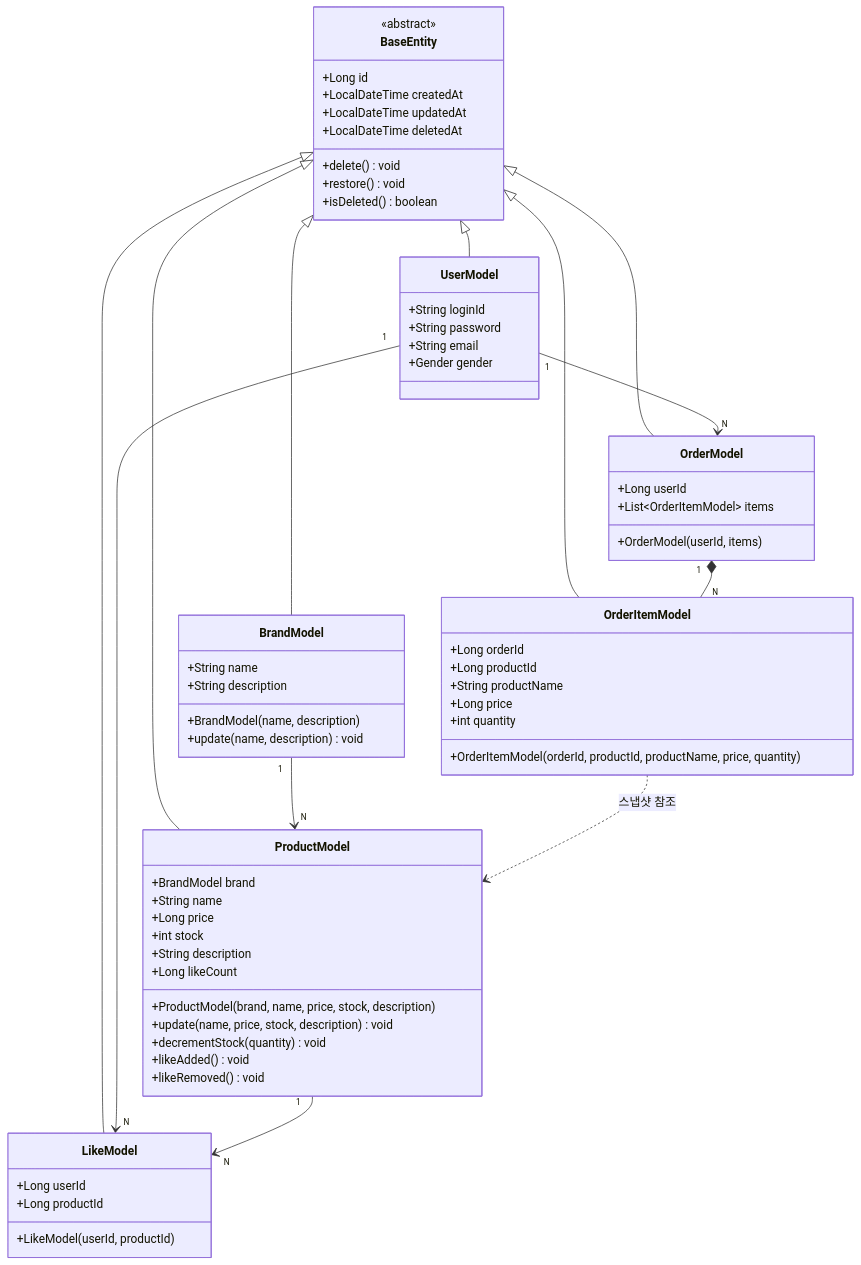
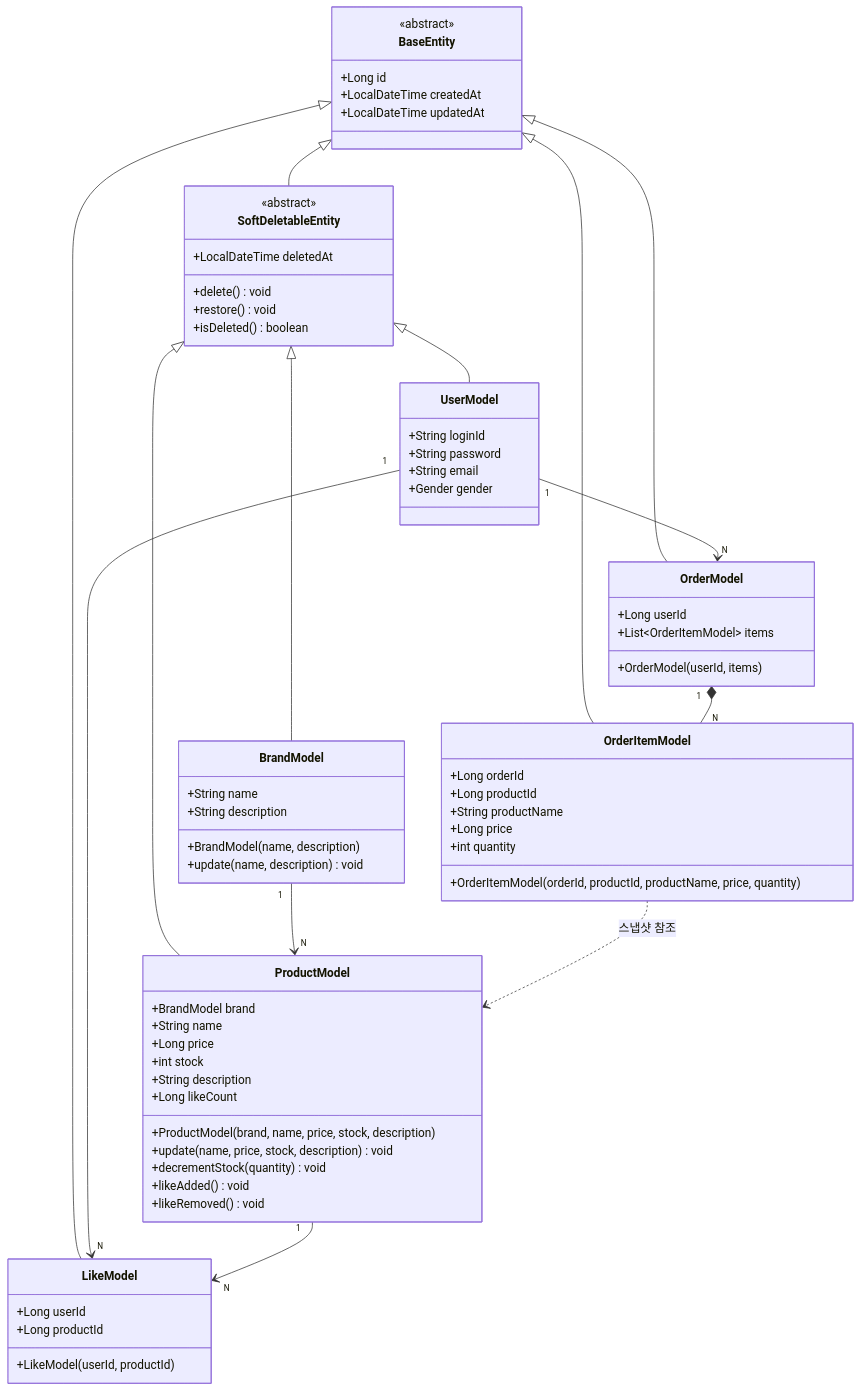
The diagram in .docs/design/03-class-diagram.md (loopers-labs/loop-pack-be-l2-vol4-java), drawn with Mermaid before and after one commit. The commit also changed 2 other files, not shown here.

Commit message:
docs: 소프트 딜리트 적용 및 일부 수정

````diff
--- a/.docs/design/03-class-diagram.md
+++ b/.docs/design/03-class-diagram.md
@@ -7,76 +7,81 @@
 ```mermaid
 classDiagram
     class BaseEntity {
         <<abstract>>
         +Long id
         +LocalDateTime createdAt
         +LocalDateTime updatedAt
+    }
+
+    class SoftDeletableEntity {
+        <<abstract>>
         +LocalDateTime deletedAt
         +delete() void
         +restore() void
         +isDeleted() boolean
     }
 
     class UserModel {
         +String loginId
         +String password
         +String email
         +Gender gender
     }
 
     class BrandModel {
         +String name
         +String description
         +BrandModel(name, description)
         +update(name, description) void
     }
 
     class ProductModel {
         +BrandModel brand
         +String name
         +Long price
         +int stock
         +String description
         +Long likeCount
         +ProductModel(brand, name, price, stock, description)
         +update(name, price, stock, description) void
         +decrementStock(quantity) void
         +likeAdded() void
         +likeRemoved() void
     }
 
     class LikeModel {
         +Long userId
         +Long productId
         +LikeModel(userId, productId)
     }
 
     class OrderModel {
         +Long userId
         +List~OrderItemModel~ items
         +OrderModel(userId, items)
     }
 
     class OrderItemModel {
         +Long orderId
         +Long productId
         +String productName
         +Long price
         +int quantity
         +OrderItemModel(orderId, productId, productName, price, quantity)
     }
 
-    BaseEntity <|-- UserModel
-    BaseEntity <|-- BrandModel
-    BaseEntity <|-- ProductModel
+    BaseEntity <|-- SoftDeletableEntity
+    SoftDeletableEntity <|-- UserModel
+    SoftDeletableEntity <|-- BrandModel
+    SoftDeletableEntity <|-- ProductModel
     BaseEntity <|-- LikeModel
     BaseEntity <|-- OrderModel
     BaseEntity <|-- OrderItemModel
 
     BrandModel "1" --> "N" ProductModel
     UserModel "1" --> "N" LikeModel
     ProductModel "1" --> "N" LikeModel
     UserModel "1" --> "N" OrderModel
     OrderModel "1" *-- "N" OrderItemModel
     OrderItemModel ..> ProductModel : 스냅샷 참조
 ```
````
